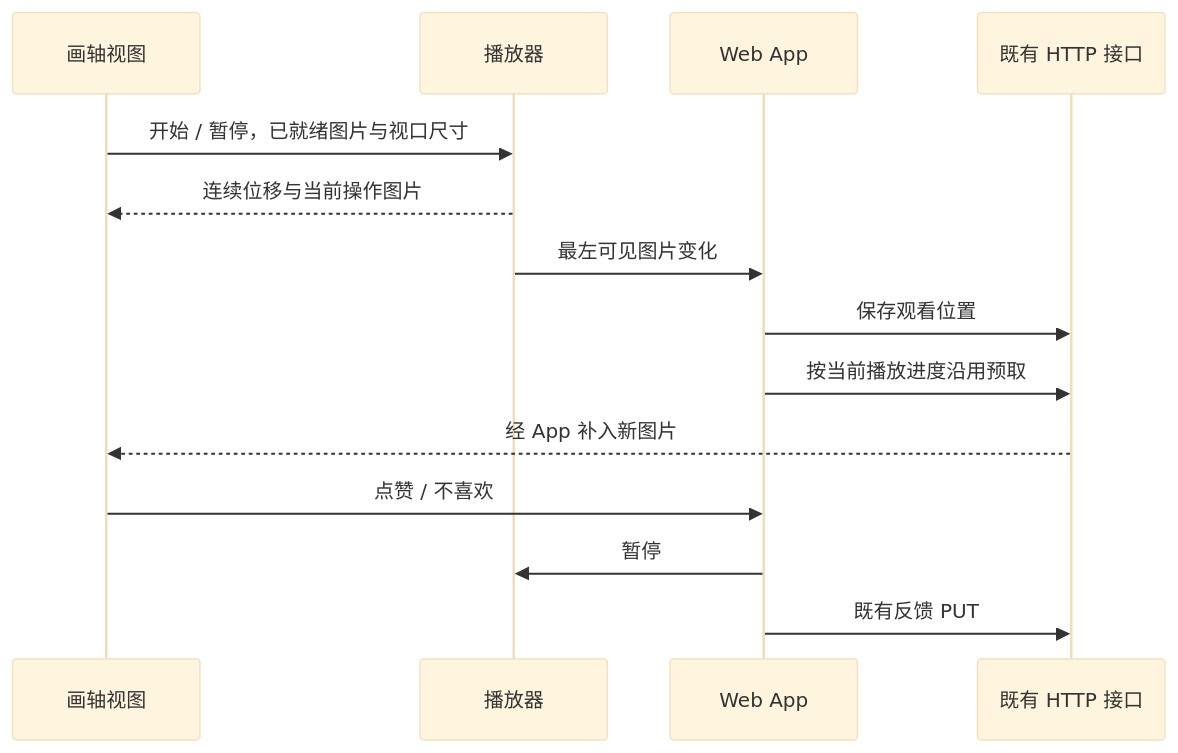
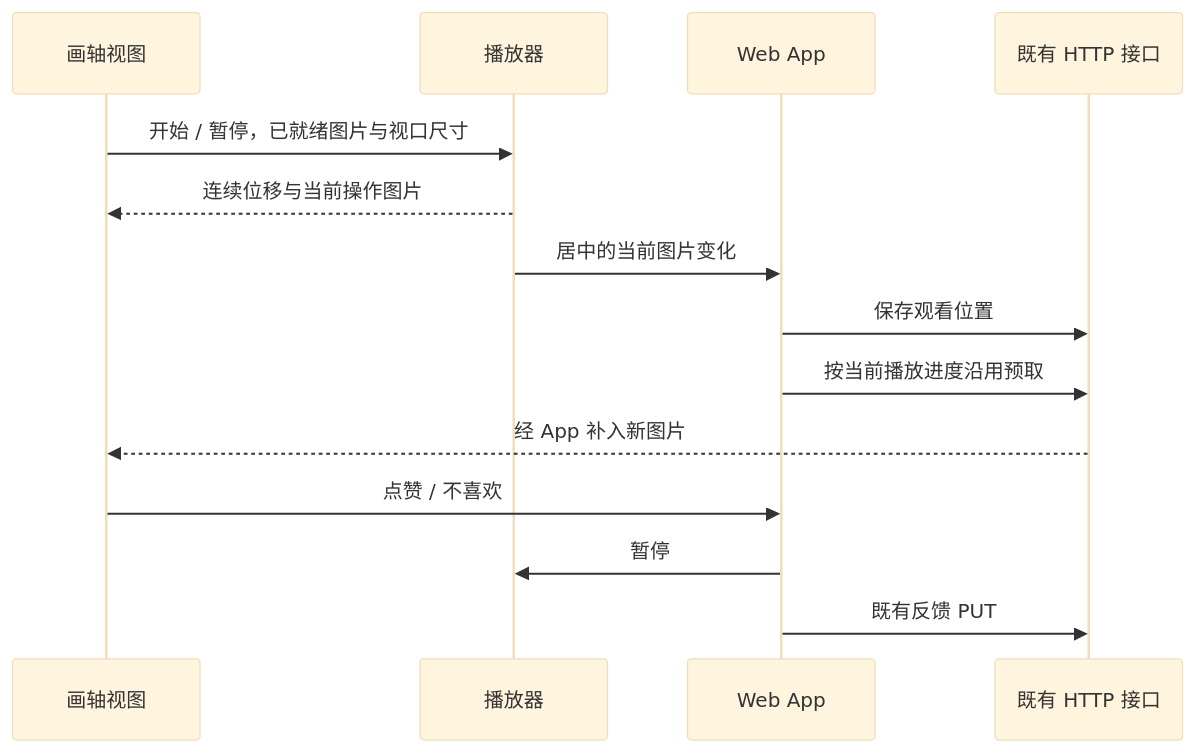
The second of 2 diagrams in docs/zh-CN/dev/issues/roam-scroll.md (Lykr/pictide), drawn with Mermaid (base theme) before and after one commit. The commit also changed other lines of this file and 7 other files, not shown here.

````diff
--- a/docs/zh-CN/dev/issues/roam-scroll.md
+++ b/docs/zh-CN/dev/issues/roam-scroll.md
@@ -30,16 +30,16 @@
 ```mermaid
 sequenceDiagram
     participant View as 画轴视图
     participant Playback as 播放器
     participant App as Web App
     participant API as 既有 HTTP 接口
     View->>Playback: 开始 / 暂停，已就绪图片与视口尺寸
     Playback-->>View: 连续位移与当前操作图片
-    Playback->>App: 最左可见图片变化
+    Playback->>App: 居中的当前图片变化
     App->>API: 保存观看位置
     App->>API: 按当前播放进度沿用预取
     API-->>View: 经 App 补入新图片
     View->>App: 点赞 / 不喜欢
     App->>Playback: 暂停
     App->>API: 既有反馈 PUT
 ```
````
